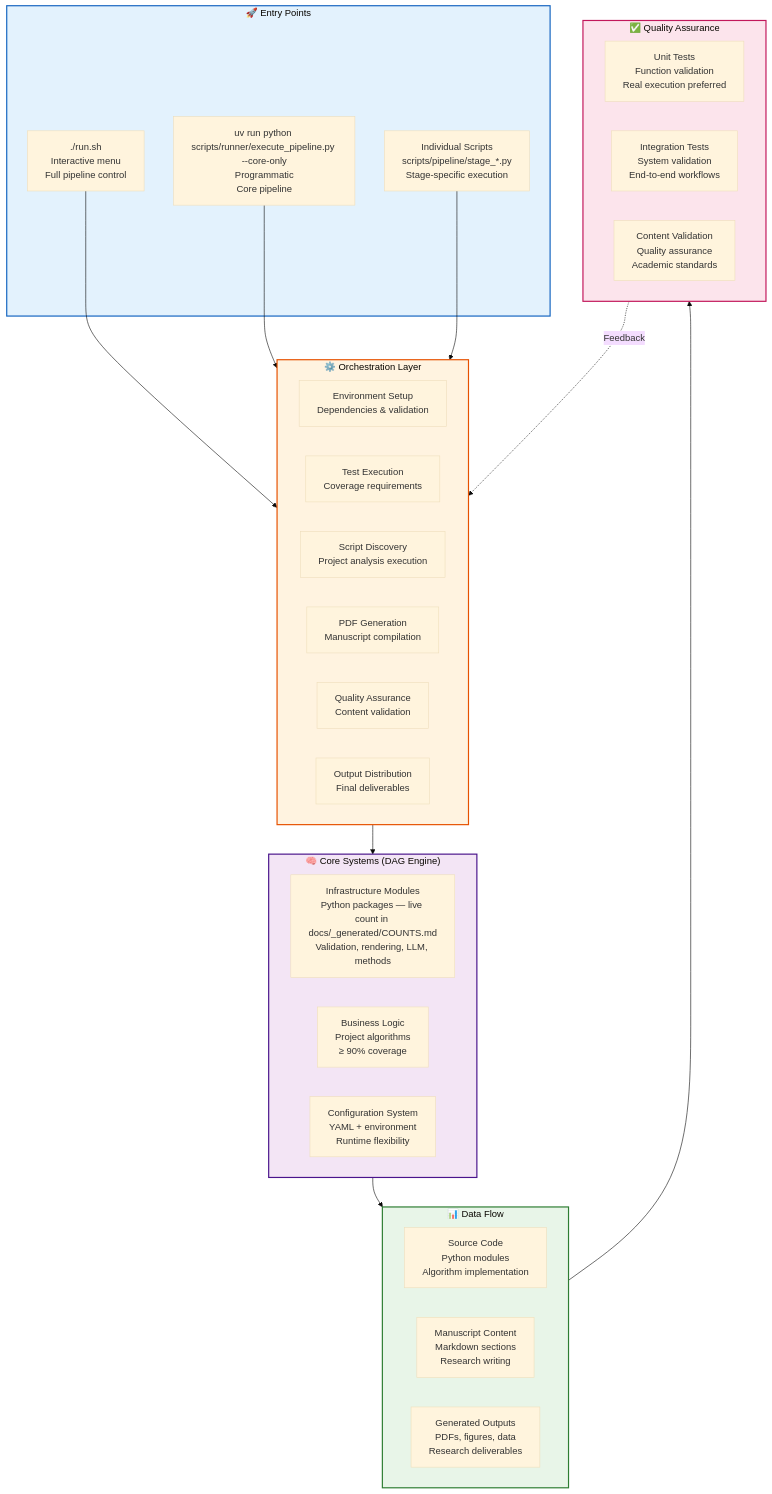
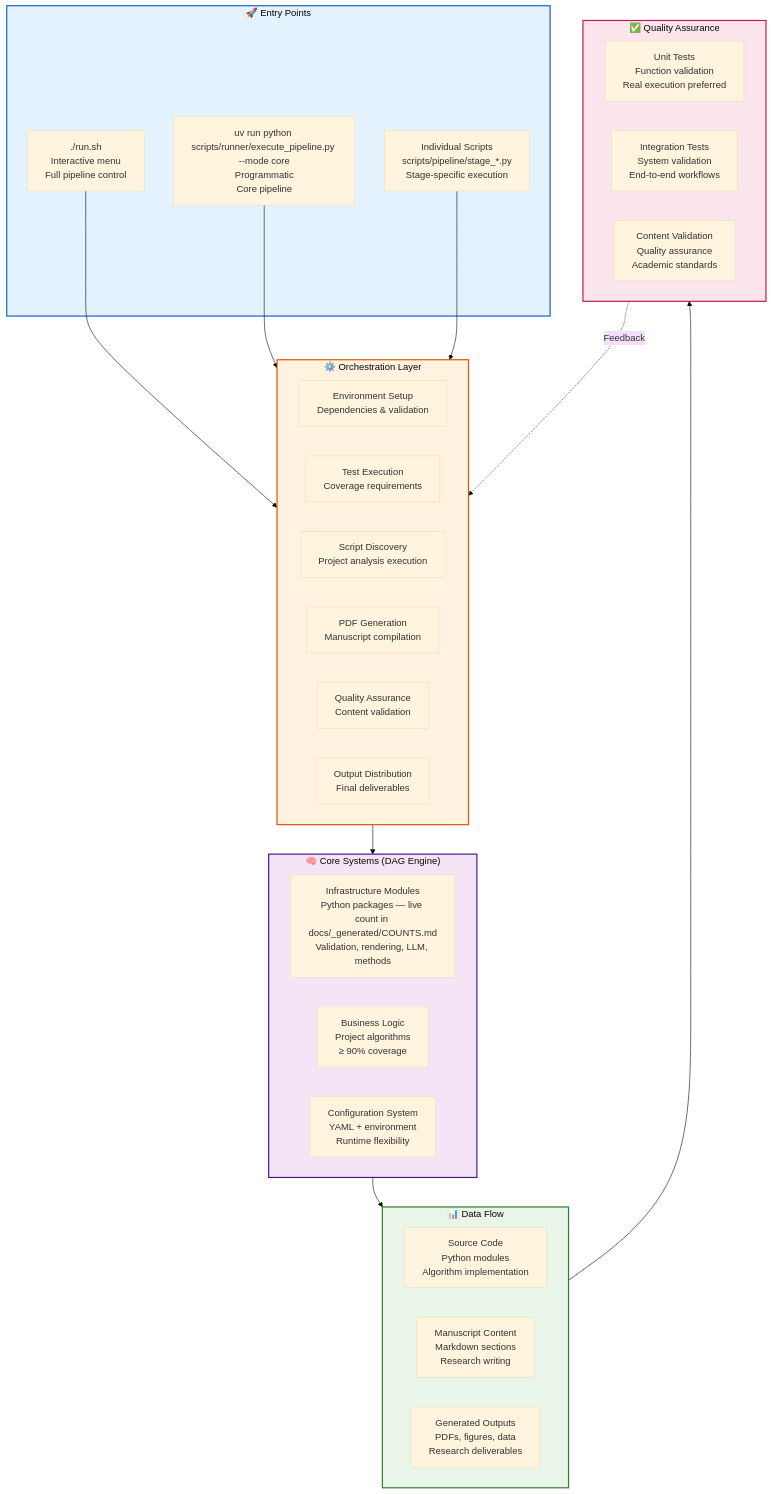
One commit to docxology/template changed the third of 8 diagrams in .github/README.md. Above: the diagram before and after it, drawn with Mermaid (base theme). The commit also changed other lines of this file and 1600 other files, not shown here.

````diff
--- a/.github/README.md
+++ b/.github/README.md
@@ -361,57 +369,57 @@
 ```mermaid
 graph TB
     subgraph Entry["🚀 Entry Points"]
         RUNSH[./run.sh<br/>Interactive menu<br/>Full pipeline control]
-        RUNALL[uv run python scripts/runner/execute_pipeline.py --core-only<br/>Programmatic<br/>Core pipeline]
+        RUNALL[uv run python scripts/runner/execute_pipeline.py --mode core<br/>Programmatic<br/>Core pipeline]
         INDIVIDUAL[Individual Scripts<br/>scripts/pipeline/stage_*.py<br/>Stage-specific execution]
     end
 
     subgraph Orchestration["⚙️ Orchestration Layer"]
         SETUP[Environment Setup<br/>Dependencies & validation]
         TESTING[Test Execution<br/>Coverage requirements]
         ANALYSIS[Script Discovery<br/>Project analysis execution]
         RENDERING[PDF Generation<br/>Manuscript compilation]
         VALIDATION[Quality Assurance<br/>Content validation]
         DELIVERY[Output Distribution<br/>Final deliverables]
     end
 
     subgraph Core["🧠 Core Systems (DAG Engine)"]
         INFRASTRUCTURE[Infrastructure Modules<br/>Python packages — live count in docs/_generated/COUNTS.md<br/>Validation, rendering, LLM, methods]
         BUSINESS_LOGIC[Business Logic<br/>Project algorithms<br/>≥ 90% coverage]
         CONFIGURATION[Configuration System<br/>YAML + environment<br/>Runtime flexibility]
     end
 
     subgraph Data["📊 Data Flow"]
         SOURCE_CODE[Source Code<br/>Python modules<br/>Algorithm implementation]
         MANUSCRIPT_CONTENT[Manuscript Content<br/>Markdown sections<br/>Research writing]
         GENERATED_OUTPUTS[Generated Outputs<br/>PDFs, figures, data<br/>Research deliverables]
     end
 
     subgraph Quality["✅ Quality Assurance"]
         UNIT_TESTS[Unit Tests<br/>Function validation<br/>Real execution preferred]
         INTEGRATION_TESTS[Integration Tests<br/>System validation<br/>End-to-end workflows]
         VALIDATION_CHECKS[Content Validation<br/>Quality assurance<br/>Academic standards]
     end
 
     RUNSH --> Orchestration
     RUNALL --> Orchestration
     INDIVIDUAL --> Orchestration
 
     Orchestration --> Core
     Core --> Data
     Data --> Quality
 
     Quality -.->|Feedback| Orchestration
 
     classDef entry fill:#e3f2fd,stroke:#1565c0,stroke-width:2px
     classDef orchestration fill:#fff3e0,stroke:#e65100,stroke-width:2px
     classDef core fill:#f3e5f5,stroke:#4a148c,stroke-width:2px
     classDef data fill:#e8f5e8,stroke:#2e7d32,stroke-width:2px
     classDef quality fill:#fce4ec,stroke:#c2185b,stroke-width:2px
 
     class Entry entry
     class Orchestration orchestration
     class Core core
     class Data data
     class Quality quality
 ```
````
